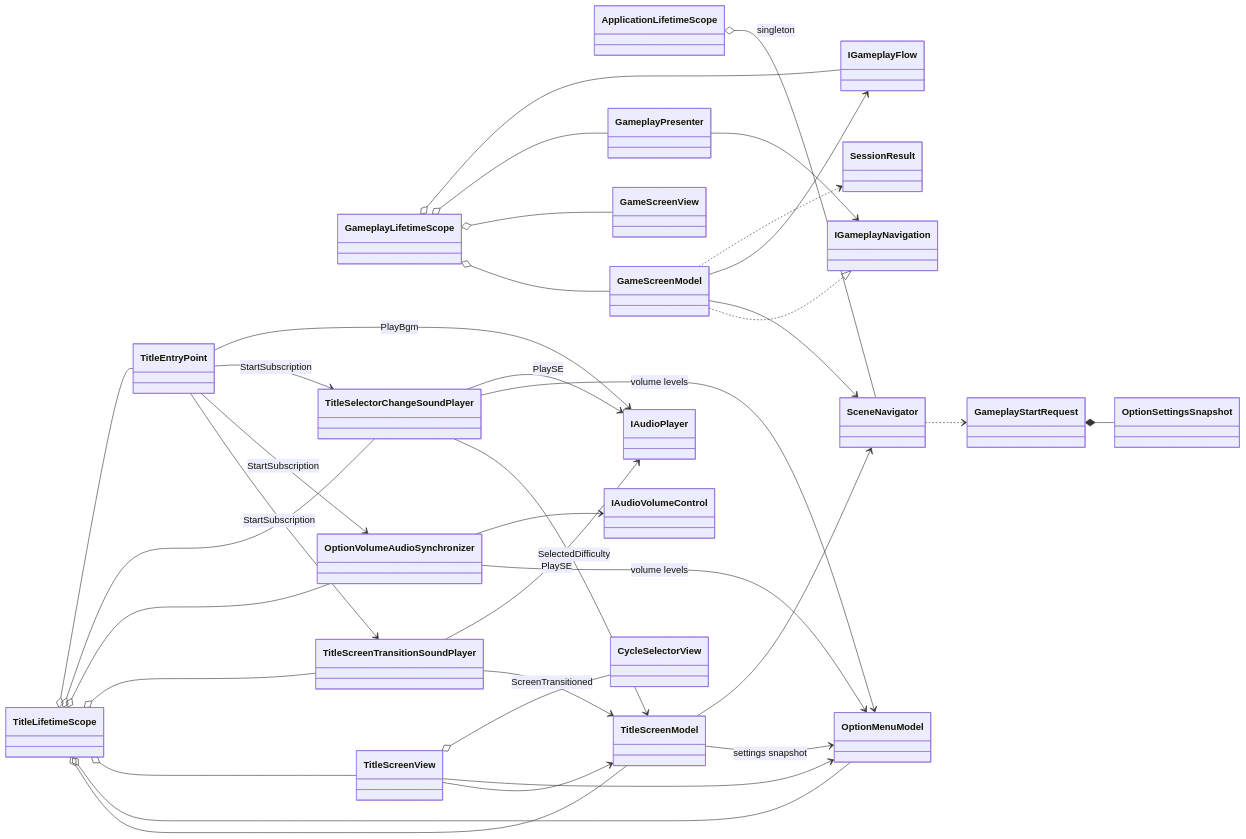
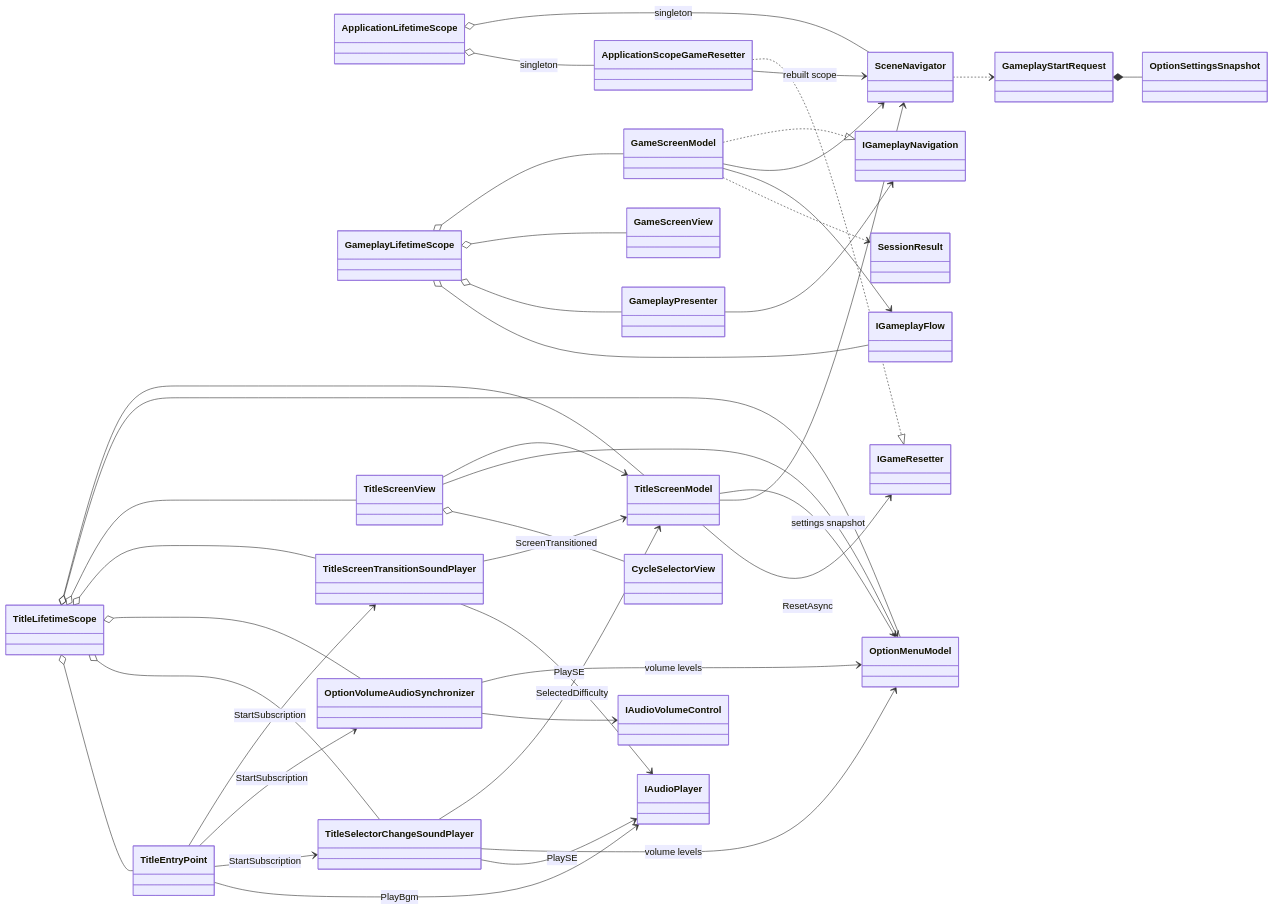
One commit to MicomProcedure/change-change-change changed the second of 2 diagrams in docs/architecture/presentation/scene-navigation.md. Above: the diagram before and after it, drawn with Mermaid. The commit also changed other lines of this file and 7 other files, not shown here.

````diff
--- a/docs/architecture/presentation/scene-navigation.md
+++ b/docs/architecture/presentation/scene-navigation.md
@@ -82,62 +83,68 @@
 ```mermaid
 classDiagram
 direction LR
 class ApplicationLifetimeScope
 class SceneNavigator
+class IGameResetter
+class ApplicationScopeGameResetter
 class TitleLifetimeScope
 class GameplayLifetimeScope
 class TitleScreenModel
 class OptionMenuModel
 class TitleScreenView
 class TitleEntryPoint
 class TitleScreenTransitionSoundPlayer
 class OptionVolumeAudioSynchronizer
 class TitleSelectorChangeSoundPlayer
 class IAudioPlayer
 class IAudioVolumeControl
 class CycleSelectorView
 class GameScreenModel
 class GameScreenView
 class GameplayPresenter
 class IGameplayNavigation
 class IGameplayFlow
 class GameplayStartRequest
 class OptionSettingsSnapshot
 class SessionResult
 
 ApplicationLifetimeScope o-- SceneNavigator : singleton
 TitleLifetimeScope o-- TitleScreenModel
 TitleLifetimeScope o-- OptionMenuModel
 TitleLifetimeScope o-- TitleScreenView
 TitleLifetimeScope o-- TitleScreenTransitionSoundPlayer
 TitleLifetimeScope o-- OptionVolumeAudioSynchronizer
 TitleLifetimeScope o-- TitleSelectorChangeSoundPlayer
 TitleLifetimeScope o-- TitleEntryPoint
 GameplayLifetimeScope o-- GameScreenModel
 GameplayLifetimeScope o-- GameScreenView
 GameplayLifetimeScope o-- GameplayPresenter
 GameplayLifetimeScope o-- IGameplayFlow
 TitleScreenView --> TitleScreenModel
 TitleScreenView --> OptionMenuModel
 TitleScreenView o-- CycleSelectorView
 TitleScreenModel --> OptionMenuModel : settings snapshot
 TitleScreenModel --> SceneNavigator
+TitleScreenModel --> IGameResetter : ResetAsync
+ApplicationScopeGameResetter ..|> IGameResetter
+ApplicationLifetimeScope o-- ApplicationScopeGameResetter : singleton
+ApplicationScopeGameResetter --> SceneNavigator : rebuilt scope
 TitleEntryPoint --> TitleScreenTransitionSoundPlayer : StartSubscription
 TitleEntryPoint --> OptionVolumeAudioSynchronizer : StartSubscription
 TitleEntryPoint --> TitleSelectorChangeSoundPlayer : StartSubscription
 TitleEntryPoint --> IAudioPlayer : PlayBgm
 TitleScreenTransitionSoundPlayer --> TitleScreenModel : ScreenTransitioned
 TitleScreenTransitionSoundPlayer --> IAudioPlayer : PlaySE
 OptionVolumeAudioSynchronizer --> OptionMenuModel : volume levels
 OptionVolumeAudioSynchronizer --> IAudioVolumeControl
 TitleSelectorChangeSoundPlayer --> TitleScreenModel : SelectedDifficulty
 TitleSelectorChangeSoundPlayer --> OptionMenuModel : volume levels
 TitleSelectorChangeSoundPlayer --> IAudioPlayer : PlaySE
 GameplayPresenter --> IGameplayNavigation
 GameScreenModel ..|> IGameplayNavigation
 GameScreenModel --> SceneNavigator
 GameScreenModel --> IGameplayFlow
 SceneNavigator ..> GameplayStartRequest
 GameplayStartRequest *-- OptionSettingsSnapshot
 GameScreenModel ..> SessionResult
 ```
````
